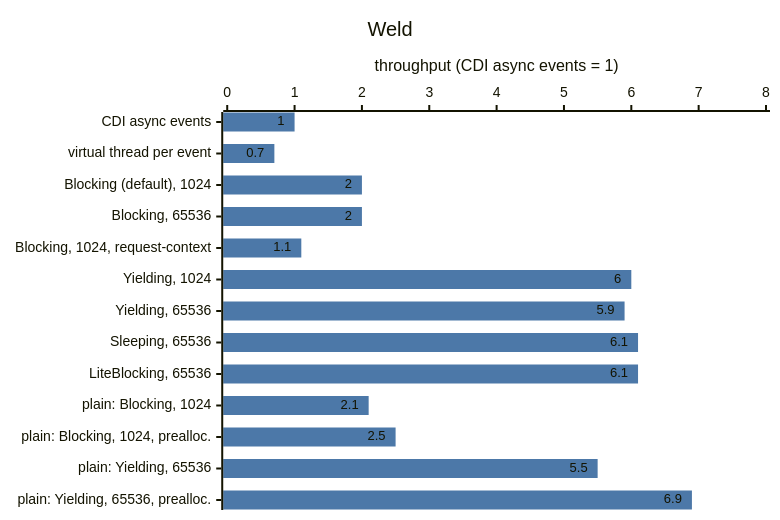
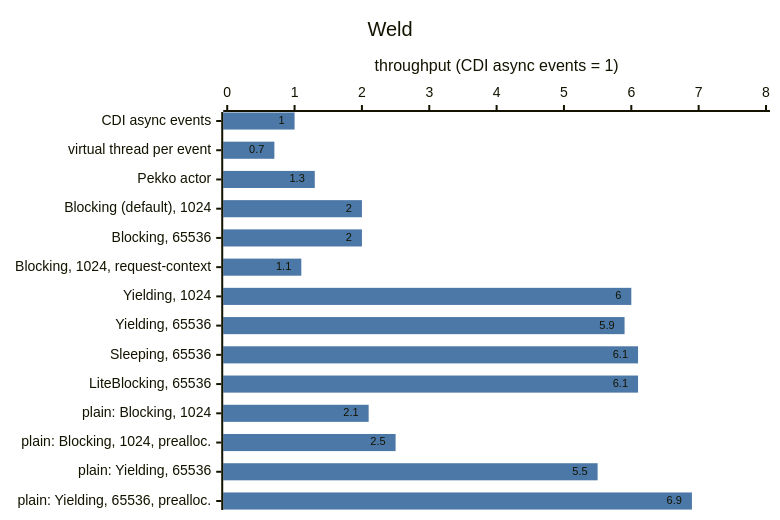
Before and after one commit to os890/cdi-disruptor-addon: the third of 4 diagrams in README.md, drawn with Mermaid. The commit also changed other lines of this file, not shown here.

First line of the commit message:
Add Apache Pekko actors to the README performance results

````diff
--- a/README.md
+++ b/README.md
@@ -225,16 +229,16 @@
 ```mermaid
 ---
 config:
   xyChart:
     width: 760
     showDataLabel: true
   themeVariables:
     xyChart:
       plotColorPalette: "#4C78A8"
 ---
 xychart-beta horizontal
     title "Weld"
-    x-axis ["CDI async events", "virtual thread per event", "Blocking (default), 1024", "Blocking, 65536", "Blocking, 1024, request-context", "Yielding, 1024", "Yielding, 65536", "Sleeping, 65536", "LiteBlocking, 65536", "plain: Blocking, 1024", "plain: Blocking, 1024, prealloc.", "plain: Yielding, 65536", "plain: Yielding, 65536, prealloc."]
+    x-axis ["CDI async events", "virtual thread per event", "Pekko actor", "Blocking (default), 1024", "Blocking, 65536", "Blocking, 1024, request-context", "Yielding, 1024", "Yielding, 65536", "Sleeping, 65536", "LiteBlocking, 65536", "plain: Blocking, 1024", "plain: Blocking, 1024, prealloc.", "plain: Yielding, 65536", "plain: Yielding, 65536, prealloc."]
     y-axis "throughput (CDI async events = 1)" 0 --> 8
-    bar [1.0, 0.7, 2.0, 2.0, 1.1, 6.0, 5.9, 6.1, 6.1, 2.1, 2.5, 5.5, 6.9]
+    bar [1.0, 0.7, 1.3, 2.0, 2.0, 1.1, 6.0, 5.9, 6.1, 6.1, 2.1, 2.5, 5.5, 6.9]
 ```
````
